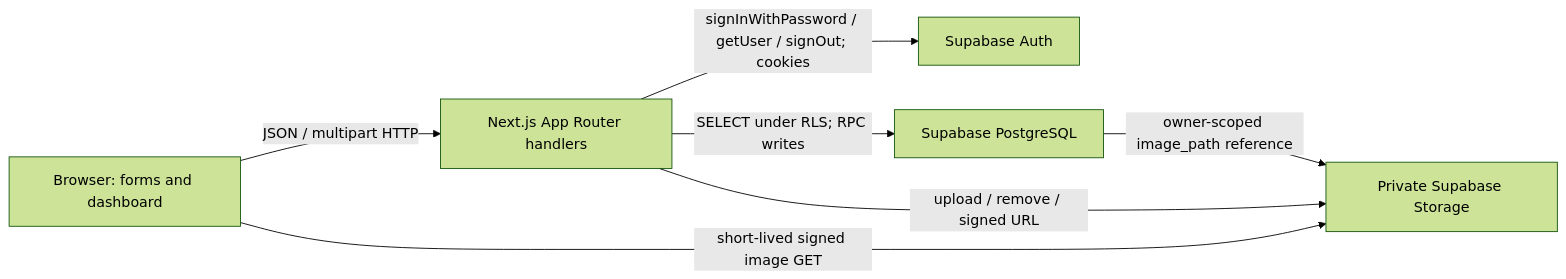
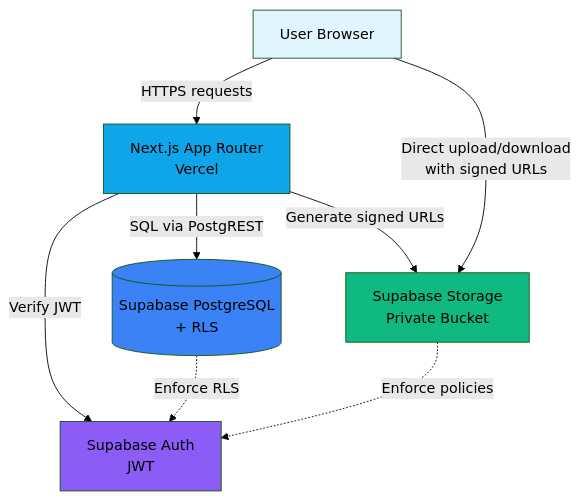
The first of 4 diagrams in docs/architecture.md (Bensams/StockLite), drawn with Mermaid (forest theme) before and after one commit. The commit also changed other lines of this file and 16 other files, not shown here.

````diff
--- a/docs/architecture.md
+++ b/docs/architecture.md
@@ -3,9 +9,23 @@
 ```mermaid
-flowchart LR
- B[Browser: forms and dashboard] -->|JSON / multipart HTTP| N[Next.js App Router handlers]
- N -->|signInWithPassword / getUser / signOut; cookies| A[Supabase Auth]
- N -->|SELECT under RLS; RPC writes| D[Supabase PostgreSQL]
- N -->|upload / remove / signed URL| S[Private Supabase Storage]
- B -->|short-lived signed image GET| S
- D -->|owner-scoped image_path reference| S
+graph TB
+    User[User Browser]
+    NextJS[Next.js App Router<br/>Vercel]
+    DB[(Supabase PostgreSQL<br/>+ RLS)]
+    Auth[Supabase Auth<br/>JWT]
+    Storage[Supabase Storage<br/>Private Bucket]
+    
+    User -->|HTTPS requests| NextJS
+    NextJS -->|SQL via PostgREST| DB
+    NextJS -->|Verify JWT| Auth
+    NextJS -->|Generate signed URLs| Storage
+    User -->|Direct upload/download<br/>with signed URLs| Storage
+    
+    DB -.->|Enforce RLS| Auth
+    Storage -.->|Enforce policies| Auth
+    
+    style User fill:#e1f5ff
+    style NextJS fill:#0ea5e9
+    style DB fill:#3b82f6
+    style Auth fill:#8b5cf6
+    style Storage fill:#10b981
 ```
````
